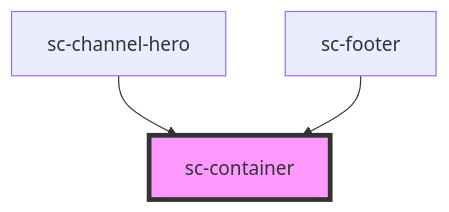
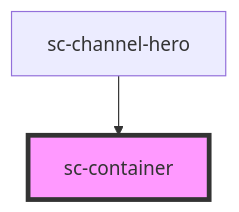
One commit to saleh-lootah/sc-design-system changed the diagram in components/src/components/sc-container/readme.md. Above: the diagram before and after it, drawn with Mermaid. The commit also changed other lines of this file and 132 other files, not shown here.

````diff
--- a/components/src/components/sc-container/readme.md
+++ b/components/src/components/sc-container/readme.md
@@ -77,6 +76,5 @@
 ```mermaid
 graph TD;
   sc-channel-hero --> sc-container
-  sc-footer --> sc-container
   style sc-container fill:#f9f,stroke:#333,stroke-width:4px
 ```
````
